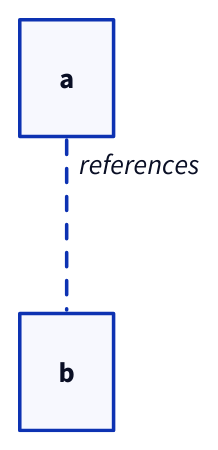
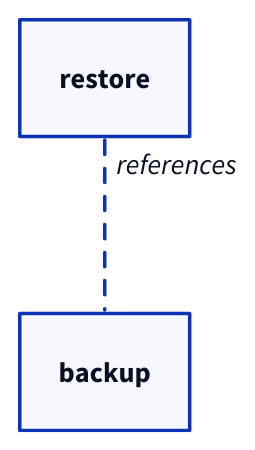
The second of 2 diagrams in plugins/d2-tala/skills/d2-tala/SKILL.md (linogics/ai-context), drawn with D2 before and after one commit. The commit also changed other lines of this file and 1 other file, not shown here.

````diff
--- a/plugins/d2-tala/skills/d2-tala/SKILL.md
+++ b/plugins/d2-tala/skills/d2-tala/SKILL.md
@@ -57,6 +70,6 @@
    ```d2
-   a -- b: {
+   restore -- backup: {
      style.stroke-dash: 4
-     source-arrowhead.label: references
+     source-arrowhead.label: "references"
    }
    ```
````
